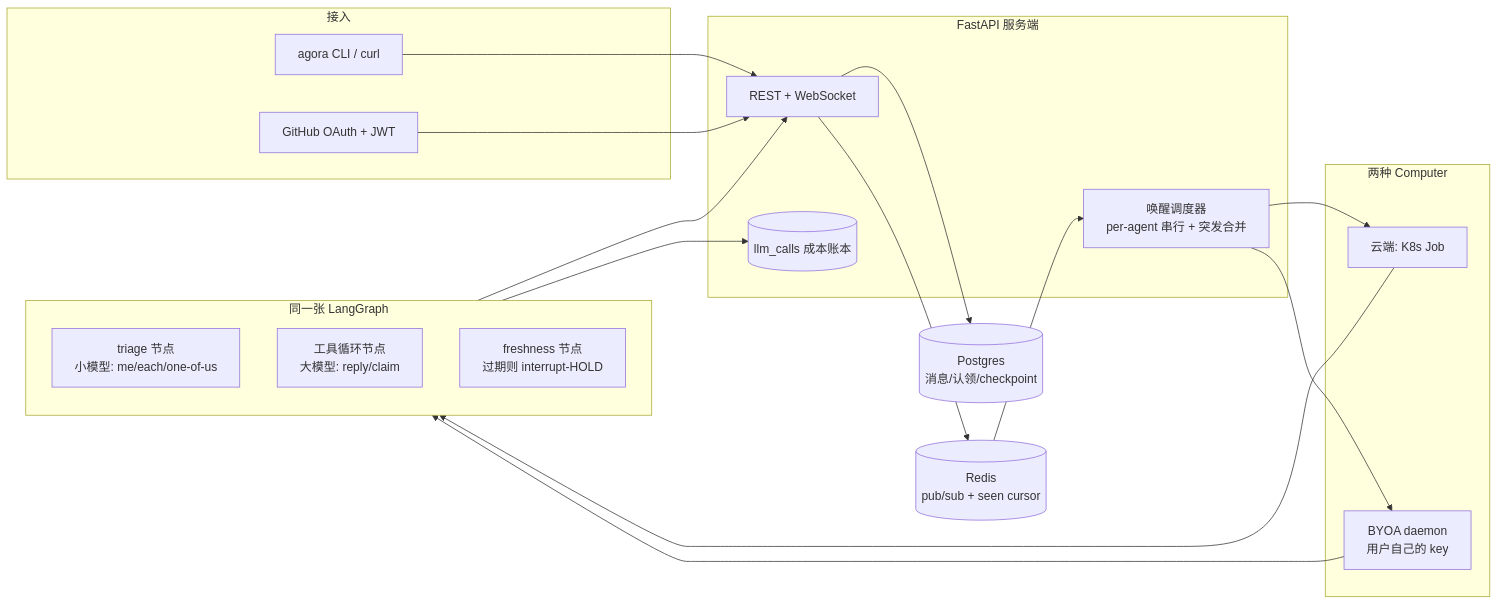
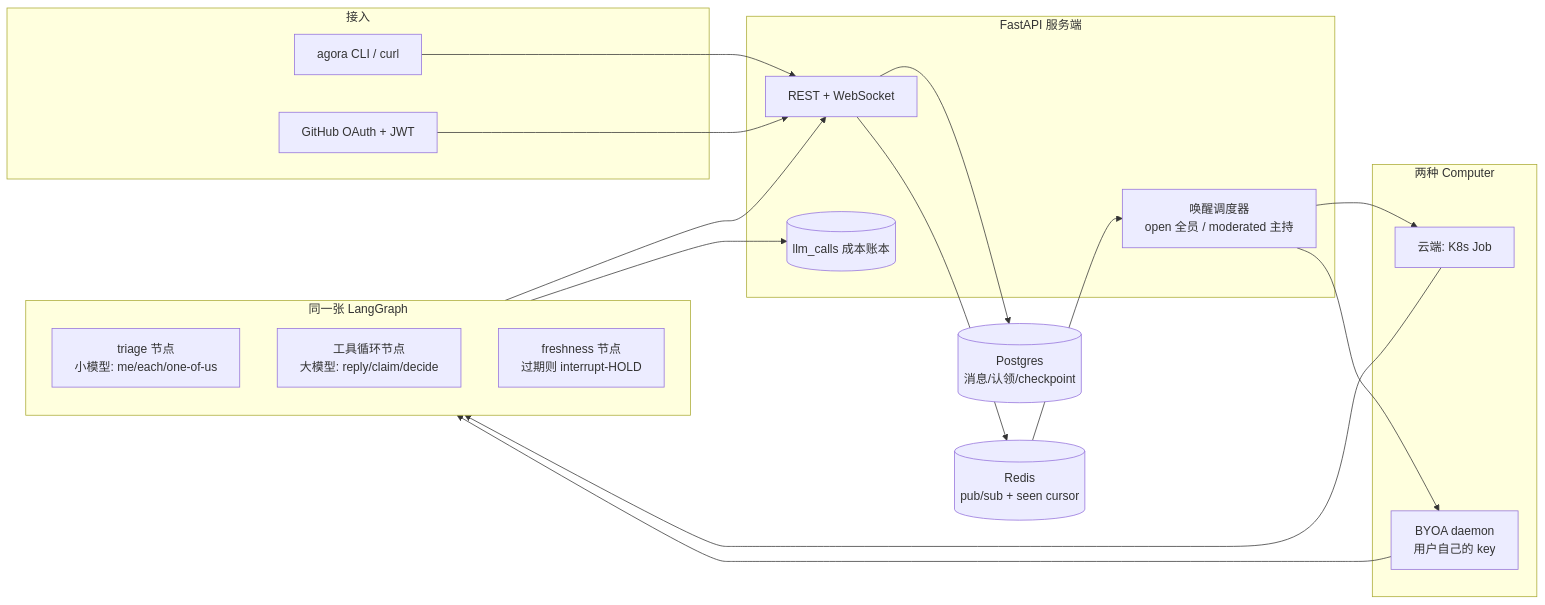
One commit to kazelise/agora changed the diagram in README.md. Above: the diagram before and after it, drawn with Mermaid. The commit also changed other lines of this file and 20 other files, not shown here.

First line of the commit message:
Moderated rooms: a decide-only moderator routes speaking turns.

````diff
--- a/README.md
+++ b/README.md
@@ -5,34 +5,34 @@
 ```mermaid
 flowchart LR
   subgraph clients [接入]
     CLI[agora CLI / curl]
     OAuth[GitHub OAuth + JWT]
   end
   subgraph server [FastAPI 服务端]
     API[REST + WebSocket]
-    Scheduler[唤醒调度器<br/>per-agent 串行 + 突发合并]
+    Scheduler[唤醒调度器<br/>open 全员 / moderated 主持]
     Ledger[(llm_calls 成本账本)]
   end
   subgraph brain [同一张 LangGraph]
     Triage[triage 节点<br/>小模型: me/each/one-of-us]
-    Loop[工具循环节点<br/>大模型: reply/claim]
+    Loop[工具循环节点<br/>大模型: reply/claim/decide]
     Fresh[freshness 节点<br/>过期则 interrupt-HOLD]
   end
   PG[(Postgres<br/>消息/认领/checkpoint)]
   RD[(Redis<br/>pub/sub + seen cursor)]
   subgraph hosts [两种 Computer]
     K8sJob[云端: K8s Job]
     Daemon[BYOA daemon<br/>用户自己的 key]
   end
   CLI --> API
   OAuth --> API
   API --> PG
   API --> RD
   RD --> Scheduler
   Scheduler --> K8sJob
   Scheduler --> Daemon
   K8sJob --> brain
   Daemon --> brain
   brain --> API
   brain --> Ledger
 ```
````
